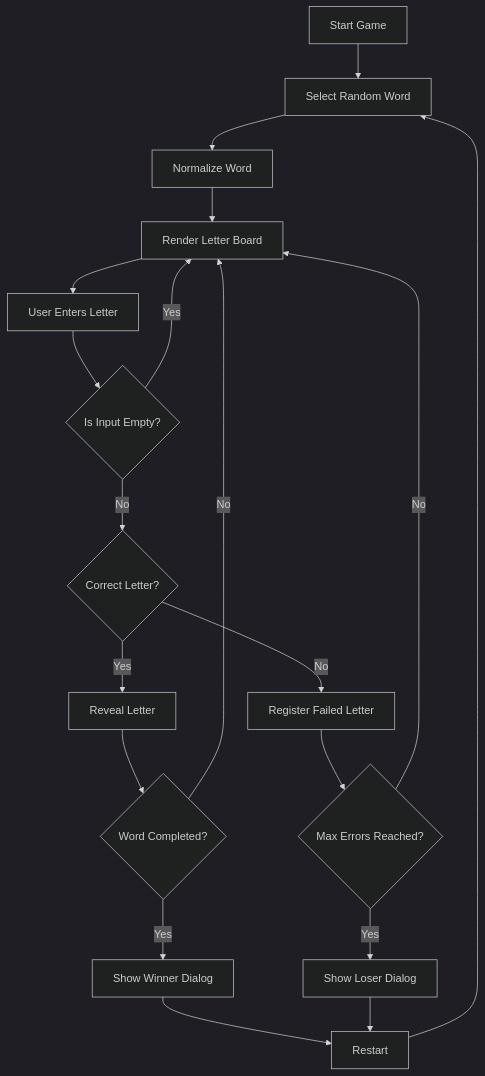
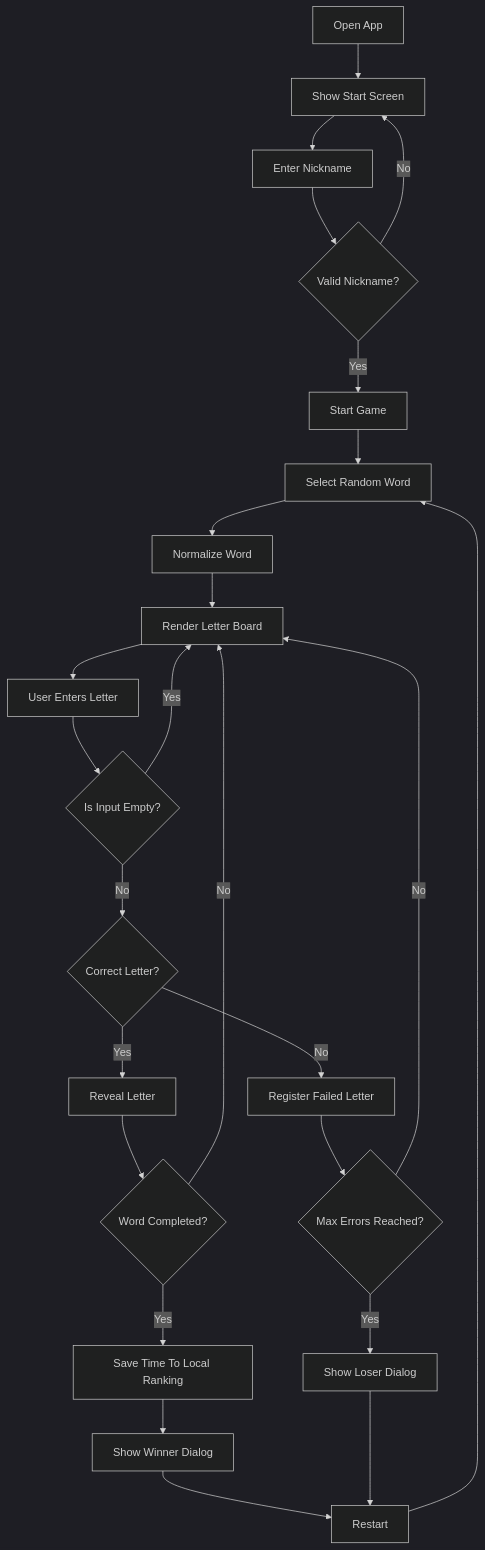
The diagram in docs/diagrams/game-flow.md (NaktoG/premium-hangman-app), drawn with Mermaid (dark theme) before and after one commit. The commit also changed 23 other files, not shown here.

Commit message:
feat: add start screen and local leaderboard

````diff
--- a/docs/diagrams/game-flow.md
+++ b/docs/diagrams/game-flow.md
@@ -3,21 +3,27 @@
 ```mermaid
 flowchart TD
-  A[Start Game] --> B[Select Random Word]
-  B --> C[Normalize Word]
-  C --> D[Render Letter Board]
-  D --> E[User Enters Letter]
-  E --> F{Is Input Empty?}
-  F -->|Yes| D
-  F -->|No| G{Correct Letter?}
-  G -->|Yes| H[Reveal Letter]
-  G -->|No| I[Register Failed Letter]
-  H --> J{Word Completed?}
-  I --> K{Max Errors Reached?}
-  J -->|Yes| L[Show Winner Dialog]
-  J -->|No| D
-  K -->|Yes| M[Show Loser Dialog]
-  K -->|No| D
-  L --> N[Restart]
-  M --> N
-  N --> B
+  A[Open App] --> B[Show Start Screen]
+  B --> C[Enter Nickname]
+  C --> D{Valid Nickname?}
+  D -->|No| B
+  D -->|Yes| E[Start Game]
+  E --> F[Select Random Word]
+  F --> G[Normalize Word]
+  G --> H[Render Letter Board]
+  H --> I[User Enters Letter]
+  I --> J{Is Input Empty?}
+  J -->|Yes| H
+  J -->|No| K{Correct Letter?}
+  K -->|Yes| L[Reveal Letter]
+  K -->|No| M[Register Failed Letter]
+  L --> N{Word Completed?}
+  M --> O{Max Errors Reached?}
+  N -->|Yes| P[Save Time To Local Ranking]
+  N -->|No| H
+  O -->|Yes| Q[Show Loser Dialog]
+  O -->|No| H
+  P --> R[Show Winner Dialog]
+  R --> S[Restart]
+  Q --> S
+  S --> F
 ```
````
